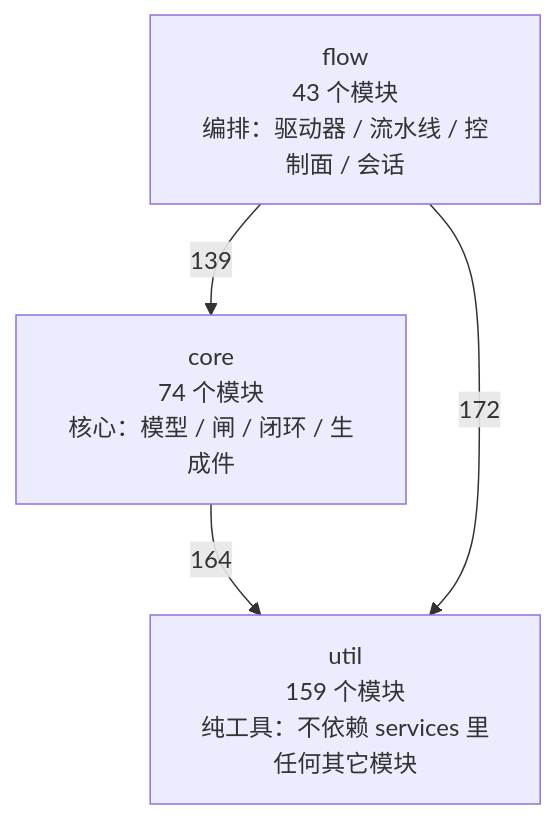
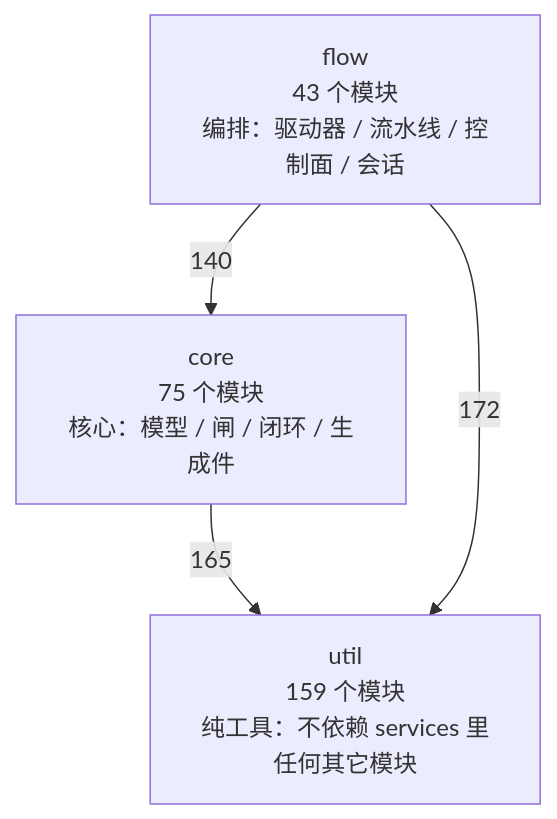
One commit to 2686521696/WhyBuddy changed the first of 4 diagrams in docs/SlideRule V6.2 架构图（自动生成）.md. Above: the diagram before and after it, drawn with Mermaid. The commit also changed other lines of this file and 12 other files, not shown here.

````diff
--- a/docs/SlideRule V6.2 架构图（自动生成）.md
+++ b/docs/SlideRule V6.2 架构图（自动生成）.md
@@ -50,9 +50,9 @@
 ```mermaid
 flowchart TB
   util["util<br/>159 个模块<br/>纯工具：不依赖 services 里任何其它模块"]
-  core["core<br/>74 个模块<br/>核心：模型 / 闸 / 闭环 / 生成件"]
+  core["core<br/>75 个模块<br/>核心：模型 / 闸 / 闭环 / 生成件"]
   flow["flow<br/>43 个模块<br/>编排：驱动器 / 流水线 / 控制面 / 会话"]
-  core -->|164| util
-  flow -->|139| core
+  core -->|165| util
+  flow -->|140| core
   flow -->|172| util
 ```
````
